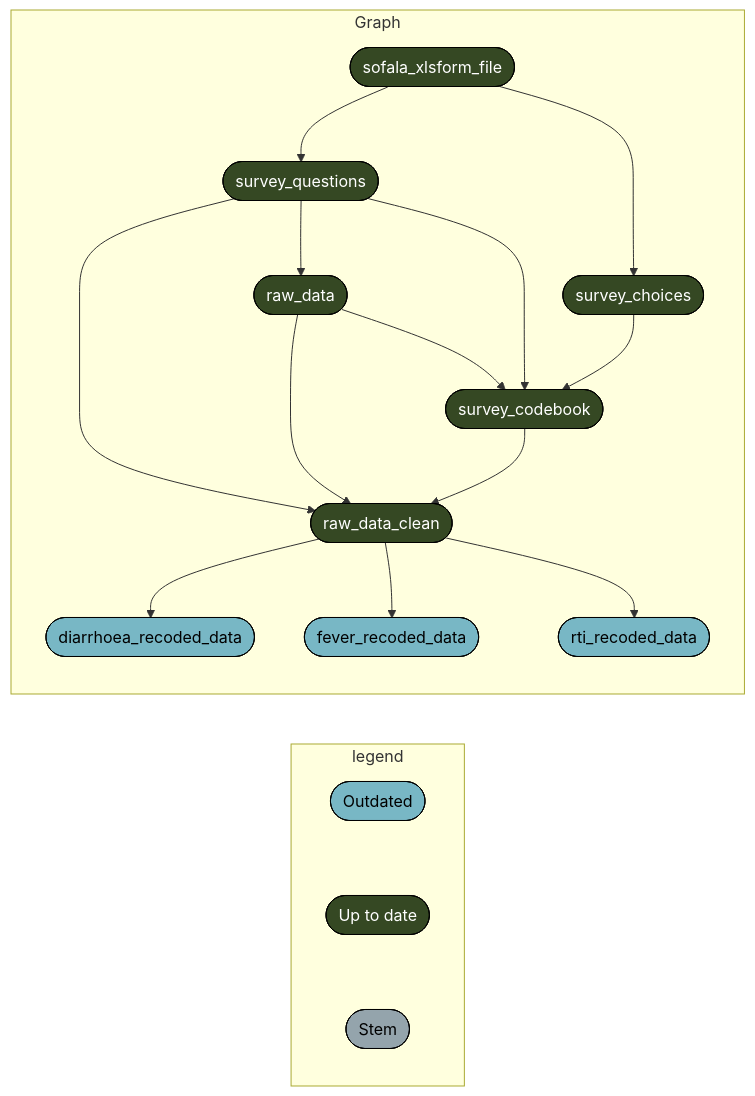
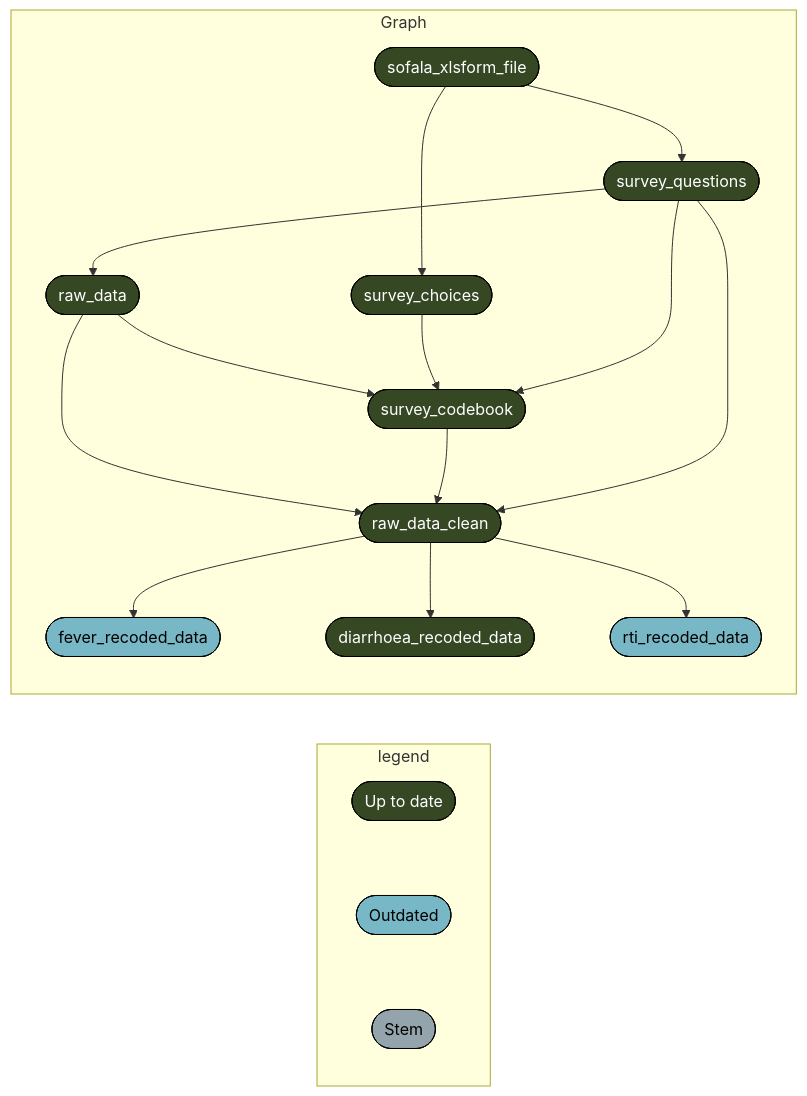
The tenth of 15 diagrams in README.md (katilingban/mozambique-s3m), drawn with Mermaid before and after one commit. The commit also changed other lines of this file and 1 other file, not shown here.

````diff
--- a/README.md
+++ b/README.md
@@ -306,26 +311,26 @@
 ``` mermaid
 graph LR
   subgraph legend
-    x0a52b03877696646([""Outdated""]):::outdated --- x7420bd9270f8d27d([""Up to date""]):::uptodate
-    x7420bd9270f8d27d([""Up to date""]):::uptodate --- xbf4603d6c2c2ad6b([""Stem""]):::none
+    x7420bd9270f8d27d([""Up to date""]):::uptodate --- x0a52b03877696646([""Outdated""]):::outdated
+    x0a52b03877696646([""Outdated""]):::outdated --- xbf4603d6c2c2ad6b([""Stem""]):::none
   end
   subgraph Graph
-    x09e58614f2343db8(["raw_data_clean"]):::uptodate --> x367849809100f60a(["diarrhoea_recoded_data"]):::outdated
+    x09e58614f2343db8(["raw_data_clean"]):::uptodate --> x1f3fecfd1ca845bd(["fever_recoded_data"]):::outdated
+    x52eeb21c389d52d8(["sofala_xlsform_file"]):::uptodate --> x0c65864d89dfd824(["survey_questions"]):::uptodate
+    x136e4e85e6851637(["raw_data"]):::uptodate --> xfcfc1959dbba8ed3(["survey_codebook"]):::uptodate
+    x5aed27afbde18e19(["survey_choices"]):::uptodate --> xfcfc1959dbba8ed3(["survey_codebook"]):::uptodate
+    x0c65864d89dfd824(["survey_questions"]):::uptodate --> xfcfc1959dbba8ed3(["survey_codebook"]):::uptodate
     x136e4e85e6851637(["raw_data"]):::uptodate --> x09e58614f2343db8(["raw_data_clean"]):::uptodate
     xfcfc1959dbba8ed3(["survey_codebook"]):::uptodate --> x09e58614f2343db8(["raw_data_clean"]):::uptodate
     x0c65864d89dfd824(["survey_questions"]):::uptodate --> x09e58614f2343db8(["raw_data_clean"]):::uptodate
-    x0c65864d89dfd824(["survey_questions"]):::uptodate --> x136e4e85e6851637(["raw_data"]):::uptodate
-    x52eeb21c389d52d8(["sofala_xlsform_file"]):::uptodate --> x0c65864d89dfd824(["survey_questions"]):::uptodate
-    x09e58614f2343db8(["raw_data_clean"]):::uptodate --> x1f3fecfd1ca845bd(["fever_recoded_data"]):::outdated
-    x136e4e85e6851637(["raw_data"]):::uptodate --> xfcfc1959dbba8ed3(["survey_codebook"]):::uptodate
-    x5aed27afbde18e19(["survey_choices"]):::uptodate --> xfcfc1959dbba8ed3(["survey_codebook"]):::uptodate
-    x0c65864d89dfd824(["survey_questions"]):::uptodate --> xfcfc1959dbba8ed3(["survey_codebook"]):::uptodate
+    x09e58614f2343db8(["raw_data_clean"]):::uptodate --> x367849809100f60a(["diarrhoea_recoded_data"]):::uptodate
     x09e58614f2343db8(["raw_data_clean"]):::uptodate --> x3fba54c49f8f16c2(["rti_recoded_data"]):::outdated
     x52eeb21c389d52d8(["sofala_xlsform_file"]):::uptodate --> x5aed27afbde18e19(["survey_choices"]):::uptodate
+    x0c65864d89dfd824(["survey_questions"]):::uptodate --> x136e4e85e6851637(["raw_data"]):::uptodate
   end
+  classDef uptodate stroke:#000000,color:#ffffff,fill:#354823;
   classDef outdated stroke:#000000,color:#000000,fill:#78B7C5;
-  classDef uptodate stroke:#000000,color:#ffffff,fill:#354823;
   classDef none stroke:#000000,color:#000000,fill:#94a4ac;
   linkStyle 0 stroke-width:0px;
   linkStyle 1 stroke-width:0px;
 ```
````
